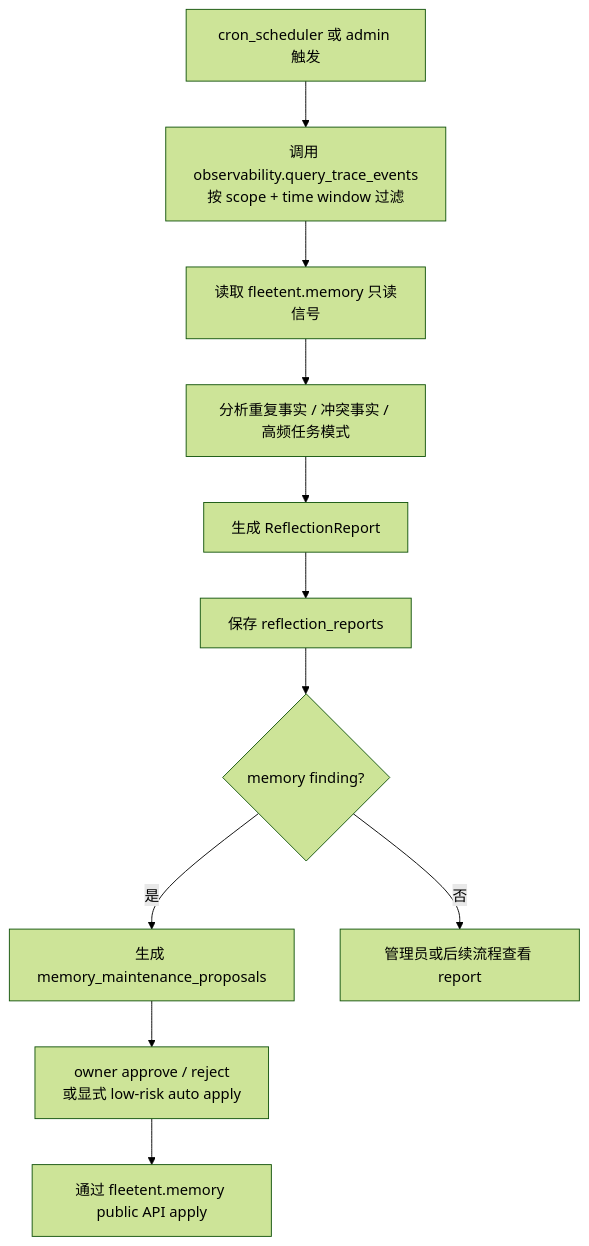
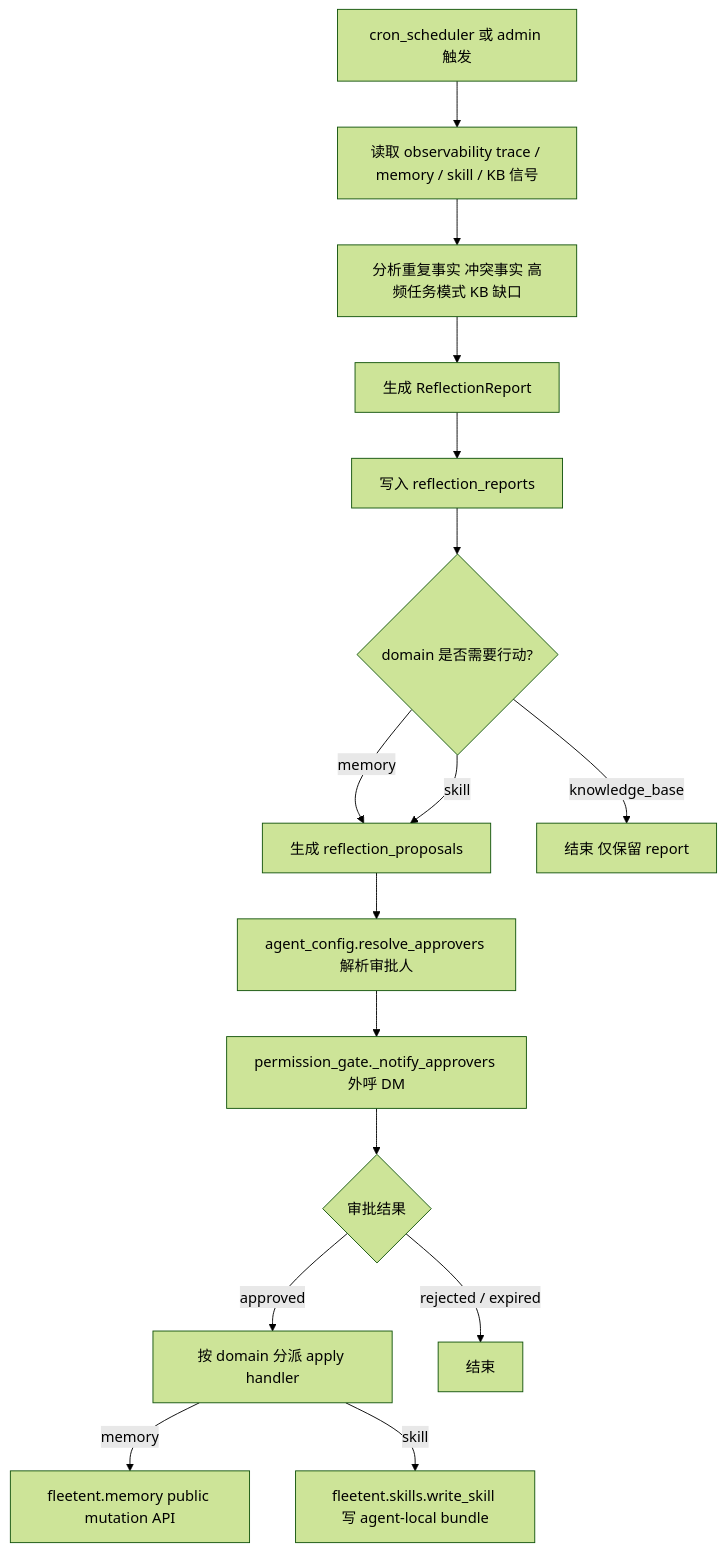
The diagram in docs/capabilities/reflection.md (Summy2104/fleetent), drawn with Mermaid (forest theme) before and after one commit. The commit also changed other lines of this file and 46 other files, not shown here.

````diff
--- a/docs/capabilities/reflection.md
+++ b/docs/capabilities/reflection.md
@@ -36,13 +35,18 @@
 ```mermaid
 flowchart TD
-    A[cron_scheduler 或 admin 触发] --> B[调用 observability.query_trace_events\n按 scope + time window 过滤]
-    B --> C["读取 fleetent.memory 只读信号"]
-    C --> D[分析重复事实 / 冲突事实 / 高频任务模式]
-    D --> E[生成 ReflectionReport]
-    E --> F[保存 reflection_reports]
-    F --> G{memory finding?}
-    G -->|是| H[生成 memory_maintenance_proposals]
-    G -->|否| I[管理员或后续流程查看 report]
-    H --> J[owner approve / reject\n或显式 low-risk auto apply]
-    J --> K["通过 fleetent.memory public API apply"]
+    A[cron_scheduler 或 admin 触发] --> B[读取 observability trace / memory / skill / KB 信号]
+    B --> C[分析重复事实 冲突事实 高频任务模式 KB 缺口]
+    C --> D[生成 ReflectionReport]
+    D --> E[写入 reflection_reports]
+    E --> F{domain 是否需要行动?}
+    F -->|memory| G[生成 reflection_proposals]
+    F -->|skill| G
+    F -->|knowledge_base| H[结束 仅保留 report]
+    G --> I[agent_config.resolve_approvers 解析审批人]
+    I --> J[permission_gate._notify_approvers 外呼 DM]
+    J --> K{审批结果}
+    K -->|approved| L[按 domain 分派 apply handler]
+    K -->|rejected / expired| M[结束]
+    L -->|memory| N[fleetent.memory public mutation API]
+    L -->|skill| O[fleetent.skills.write_skill 写 agent-local bundle]
 ```
````
